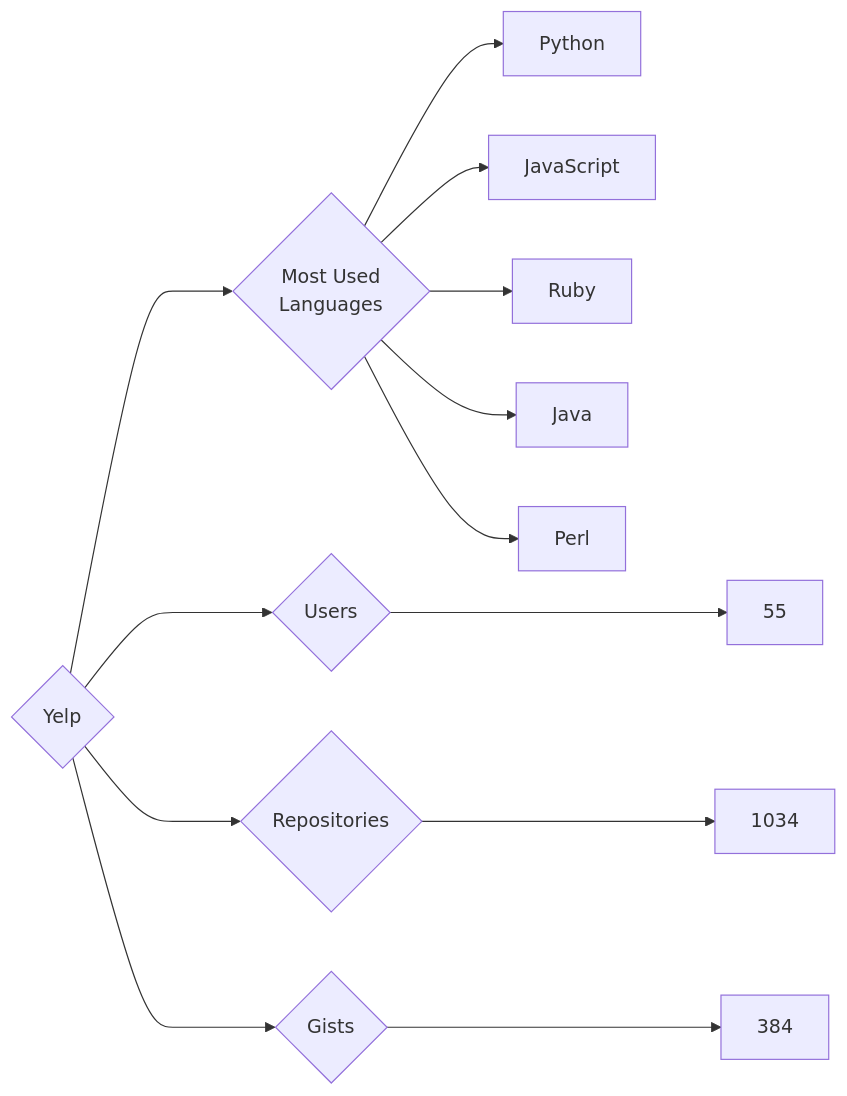
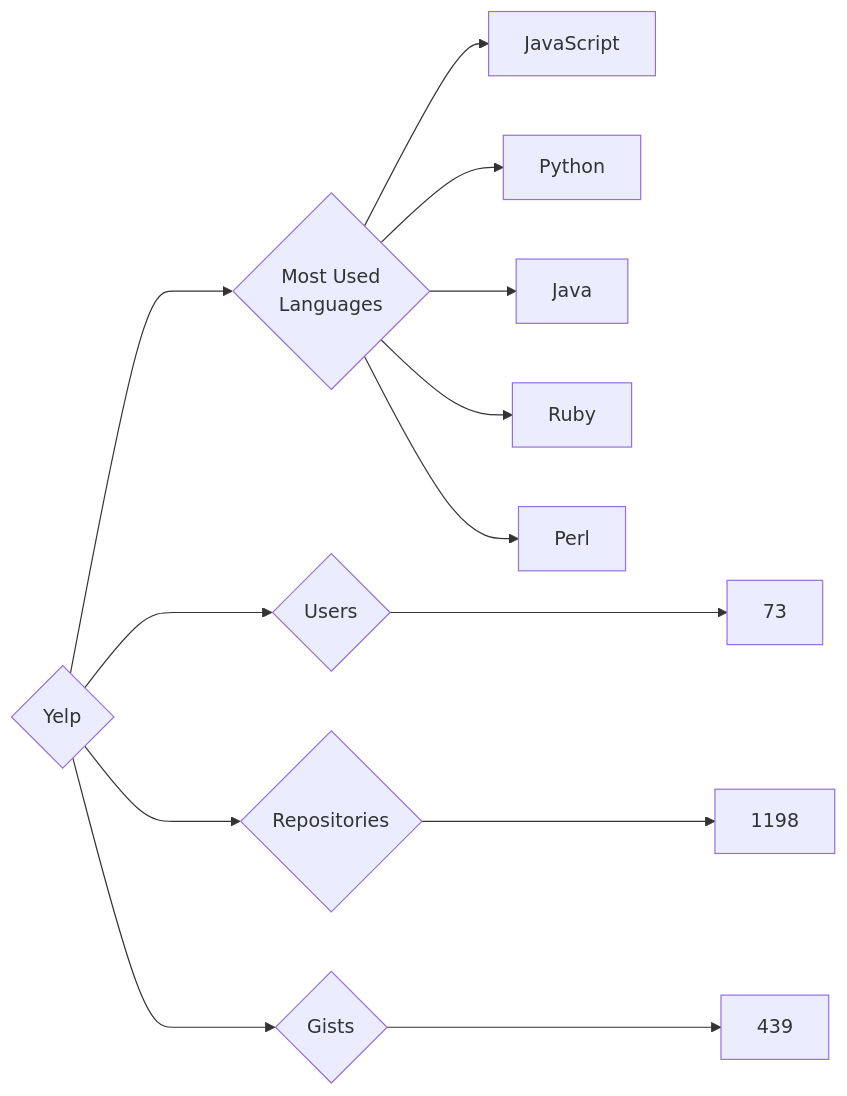
Before and after one commit to trickest/insiders: the diagram in targets/Yelp/README.md, drawn with Mermaid. The commit also changed 878 other files, not shown here.

````diff
--- a/targets/Yelp/README.md
+++ b/targets/Yelp/README.md
@@ -3,13 +3,13 @@
 ```mermaid
 graph LR
 COMPANY_NAME{Yelp}
-COMPANY_NAME ---> U{Users} ---> UN[55]
-COMPANY_NAME ---> R{Repositories} ---> RN[1034]
-COMPANY_NAME ---> G{Gists} ---> GN[384]
+COMPANY_NAME ---> U{Users} ---> UN[73]
+COMPANY_NAME ---> R{Repositories} ---> RN[1198]
+COMPANY_NAME ---> G{Gists} ---> GN[439]
 COMPANY_NAME ---> ML{Most Used<br>Languages}
+ML --> JavaScript[JavaScript]
 ML --> Python[Python]
-ML --> JavaScript[JavaScript]
+ML --> Java[Java]
 ML --> Ruby[Ruby]
-ML --> Java[Java]
 ML --> Perl[Perl]
 ```
````
